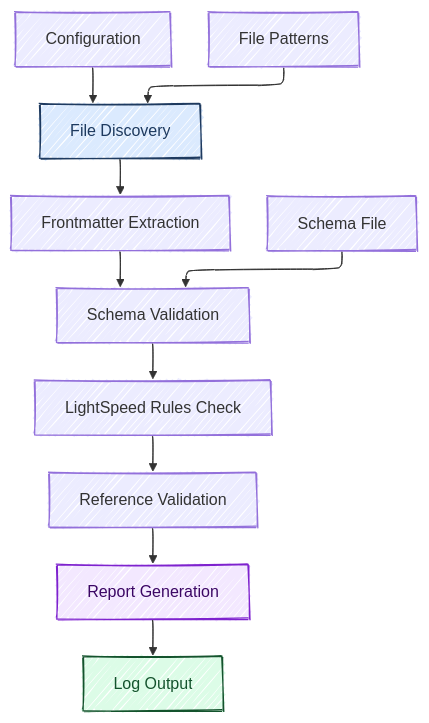
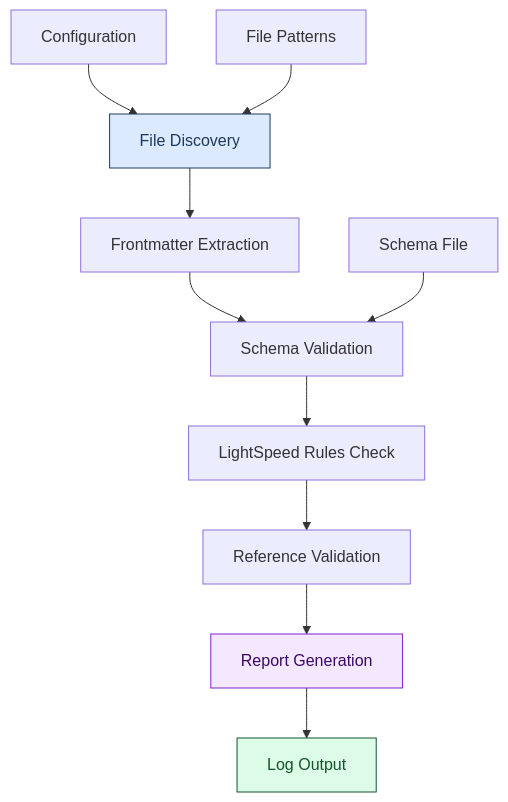
The diagram in scripts/validation/README.md (lightspeedwp/.github), drawn with Mermaid before and after one commit. The commit also changed 49 other files, not shown here.

First line of the commit message:
fix: docs - repair 123 broken Mermaid diagrams and the fixer that broke them (#3491)

````diff
--- a/scripts/validation/README.md
+++ b/scripts/validation/README.md
@@ -38,25 +38,19 @@
 ```mermaid
----
-config:
-  theme: default
-  look: handDrawn
-  layout: elk
-  accTitle: Validation System Flow
-  accDescr: Flowchart showing file discovery through log output with configuration, schema, and pattern inputs
----
 graph TD
+    accTitle: Validation System Flow
+    accDescr: Flowchart showing file discovery through log output with configuration, schema, and pattern inputs
     A[File Discovery] --> B[Frontmatter Extraction]
     B --> C[Schema Validation]
     C --> D[LightSpeed Rules Check]
     D --> E[Reference Validation]
     E --> F[Report Generation]
     F --> G[Log Output]
 
     H[Configuration] --> A
     I[Schema File] --> C
     J[File Patterns] --> A
 
     style A fill:#dbeafe,color:#1e3a5f,stroke:#1e3a5f
     style F fill:#f3e8ff,color:#3b0764,stroke:#7e22ce
     style G fill:#dcfce7,color:#14532d,stroke:#14532d
 ```
````
